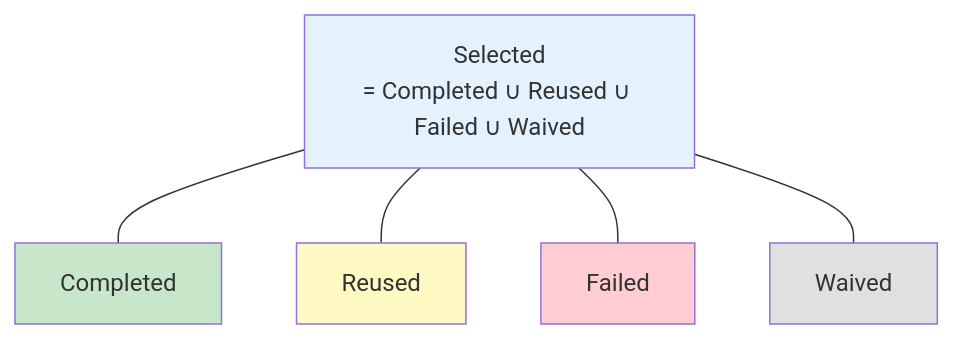
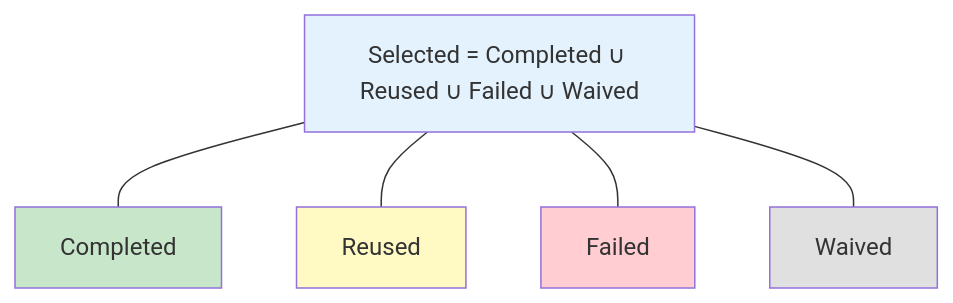
One commit to awesome-flexloop/awesome-okf changed the second of 10 diagrams in doc/bundles/jishu/ai/products/open-code-review/concepts/05-session-telemetry.md. Above: the diagram before and after it, drawn with Mermaid. The commit also changed other lines of this file and 10 other files, not shown here.

First line of the commit message:
docs(bundle): 清偿 Open Code Review 存量 Mermaid 违规避免规范漂移累积

````diff
--- a/doc/bundles/jishu/ai/products/open-code-review/concepts/05-session-telemetry.md
+++ b/doc/bundles/jishu/ai/products/open-code-review/concepts/05-session-telemetry.md
@@ -185,19 +185,17 @@
 ```mermaid
 graph TB
-    SEL["Selected<br/>= Completed ∪ Reused ∪ Failed ∪ Waived"]
+    SEL["Selected = Completed ∪ Reused ∪ Failed ∪ Waived"]
     COM["Completed"]
     REU["Reused"]
     FAL["Failed"]
     WAI["Waived"]
-
     SEL --- COM
     SEL --- REU
     SEL --- FAL
     SEL --- WAI
-
     style SEL fill:#e3f2fd
     style COM fill:#c8e6c9
     style REU fill:#fff9c4
     style FAL fill:#ffcdd2
     style WAI fill:#e0e0e0
 ```
````
